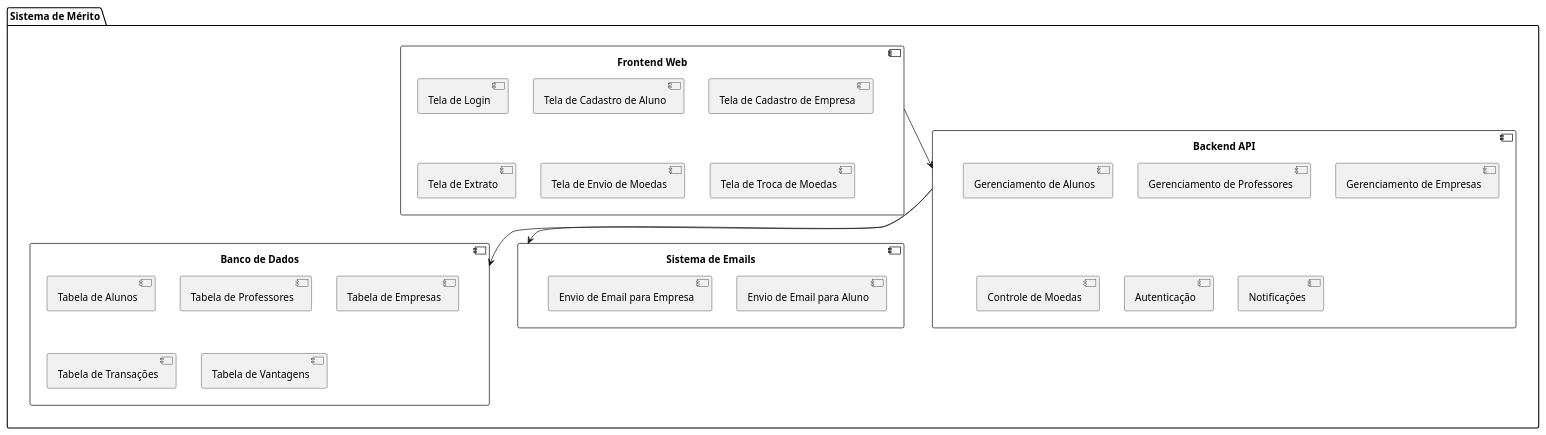
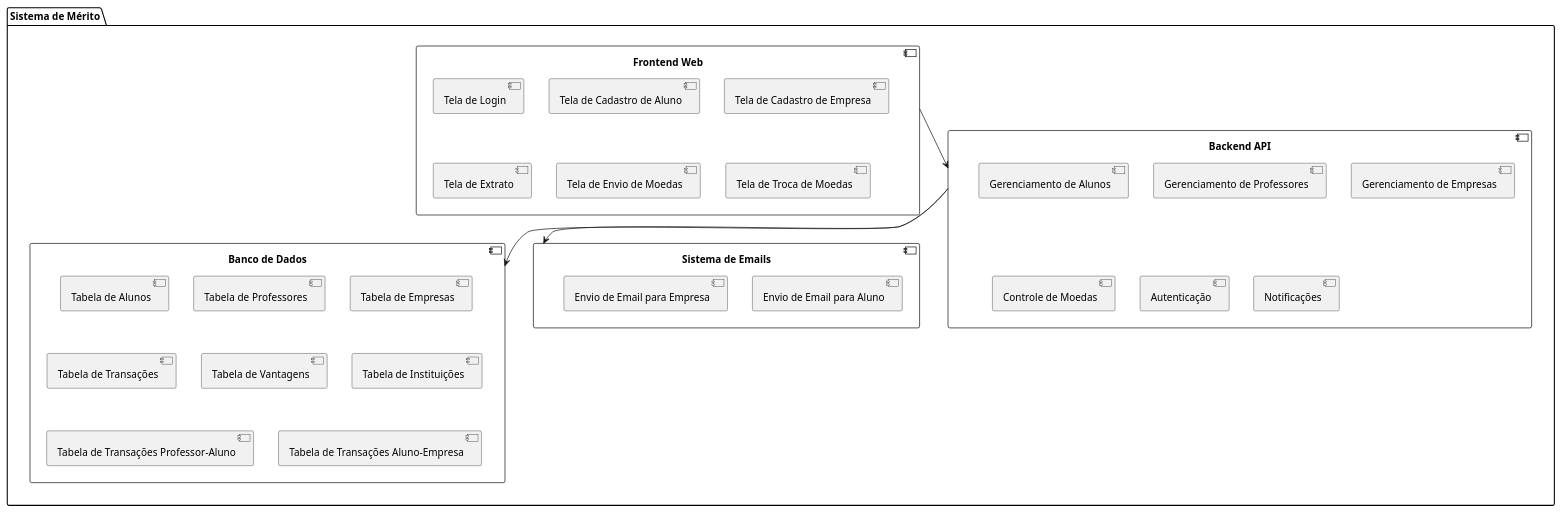
The diagram in Projeto/Diagrama de Componente.plantuml (rubensm33/LabDevSoftware3), drawn with PlantUML before and after one commit. The commit also changed 4 other files, not shown here.

Commit message:
correção e implementação novos diagramas #1 #2

```diff
--- a/Projeto/Diagrama de Componente.plantuml
+++ b/Projeto/Diagrama de Componente.plantuml
@@ -1,38 +1,41 @@
 @startuml
 package "Sistema de Mérito" {
     [Frontend Web] --> [Backend API]
     [Backend API] --> [Banco de Dados]
     [Backend API] --> [Sistema de Emails]
 
     component "Frontend Web" {
         [Tela de Login]
         [Tela de Cadastro de Aluno]
         [Tela de Cadastro de Empresa]
         [Tela de Extrato]
         [Tela de Envio de Moedas]
         [Tela de Troca de Moedas]
     }
 
     component "Backend API" {
         [Gerenciamento de Alunos]
         [Gerenciamento de Professores]
         [Gerenciamento de Empresas]
         [Controle de Moedas]
         [Autenticação]
         [Notificações]
     }
 
     component "Banco de Dados" {
         [Tabela de Alunos]
         [Tabela de Professores]
         [Tabela de Empresas]
         [Tabela de Transações]
         [Tabela de Vantagens]
+        [Tabela de Instituições]
+        [Tabela de Transações Professor-Aluno]
+        [Tabela de Transações Aluno-Empresa]
     }
 
     component "Sistema de Emails" {
         [Envio de Email para Aluno]
         [Envio de Email para Empresa]
     }
 }
 @enduml
```
